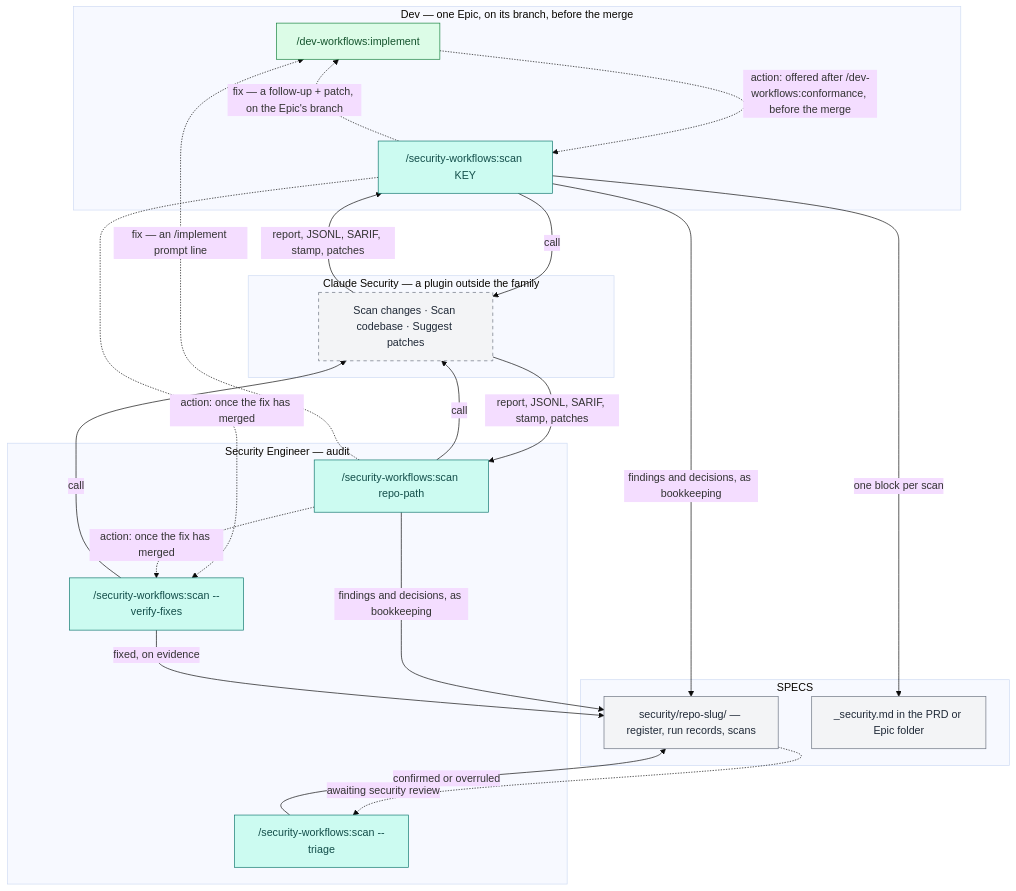
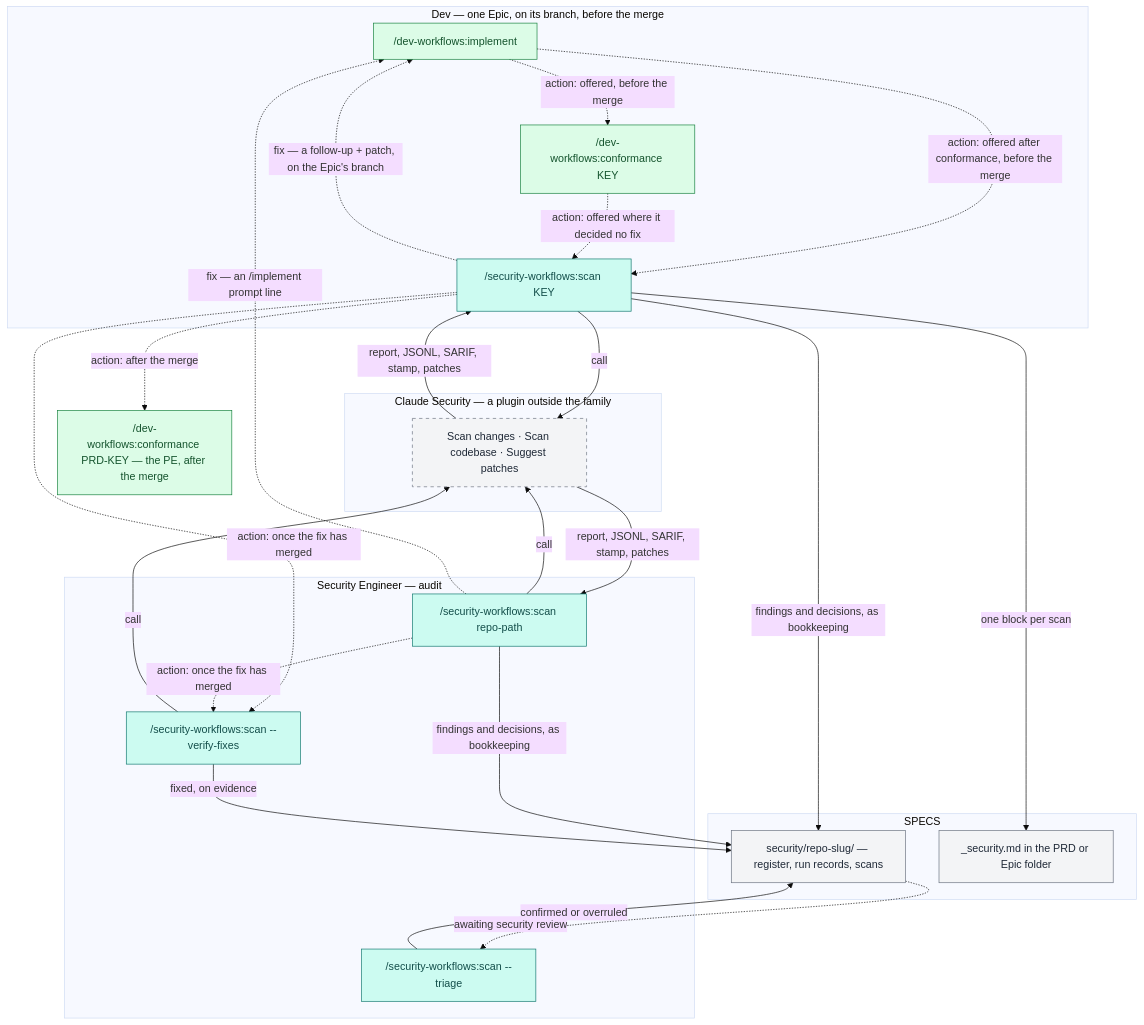
Before and after one commit to ihudak/ai-workflows: the diagram in plugins/security-workflows/docs/workflow.md, drawn with Mermaid (base theme). The commit also changed other lines of this file and 17 other files, not shown here.

````diff
--- a/plugins/security-workflows/docs/workflow.md
+++ b/plugins/security-workflows/docs/workflow.md
@@ -5,39 +5,44 @@
 ```mermaid
 flowchart TD
     subgraph DEV["Dev — one Epic, on its branch, before the merge"]
         implement["/dev-workflows:implement"]:::dev
+        conformance["/dev-workflows:conformance KEY"]:::dev
         scan["/security-workflows:scan KEY"]:::sec
     end
+    prdconf["/dev-workflows:conformance PRD-KEY — the PE, after the merge"]:::dev
     subgraph SEC["Security Engineer — audit"]
         repo["/security-workflows:scan repo-path"]:::sec
         verify["/security-workflows:scan --verify-fixes"]:::sec
         triage["/security-workflows:scan --triage"]:::sec
     end
     subgraph EXT["Claude Security — a plugin outside the family"]
         cs["Scan changes · Scan codebase · Suggest patches"]:::ext
     end
     subgraph SPECS["SPECS"]
         register["security/repo-slug/ — register, run records, scans"]:::store
         note["_security.md in the PRD or Epic folder"]:::store
     end
-    implement -.->|"action: offered after /dev-workflows:conformance, before the merge"| scan
+    implement -.->|"action: offered, before the merge"| conformance
+    implement -.->|"action: offered after conformance, before the merge"| scan
+    conformance -.->|"action: offered where it decided no fix"| scan
+    scan -.->|"action: after the merge"| prdconf
     scan -->|"call"| cs
     repo -->|"call"| cs
     cs -->|"report, JSONL, SARIF, stamp, patches"| scan
     cs -->|"report, JSONL, SARIF, stamp, patches"| repo
     scan -->|"findings and decisions, as bookkeeping"| register
     repo -->|"findings and decisions, as bookkeeping"| register
     scan -->|"one block per scan"| note
     scan -.->|"fix — a follow-up + patch, on the Epic's branch"| implement
     repo -.->|"fix — an /implement prompt line"| implement
     scan -.->|"action: once the fix has merged"| verify
     repo -.->|"action: once the fix has merged"| verify
     verify -->|"call"| cs
     verify -->|"fixed, on evidence"| register
     register -.->|"awaiting security review"| triage
     triage -->|"confirmed or overruled"| register
     classDef dev fill:#dcfce7,stroke:#15803d,color:#14532d
     classDef sec fill:#ccfbf1,stroke:#0f766e,color:#134e4a
     classDef ext fill:#f3f4f6,stroke:#6b7280,color:#1f2937,stroke-dasharray:5 5
     classDef store fill:#f3f4f6,stroke:#6b7280,color:#1f2937
 ```
````
